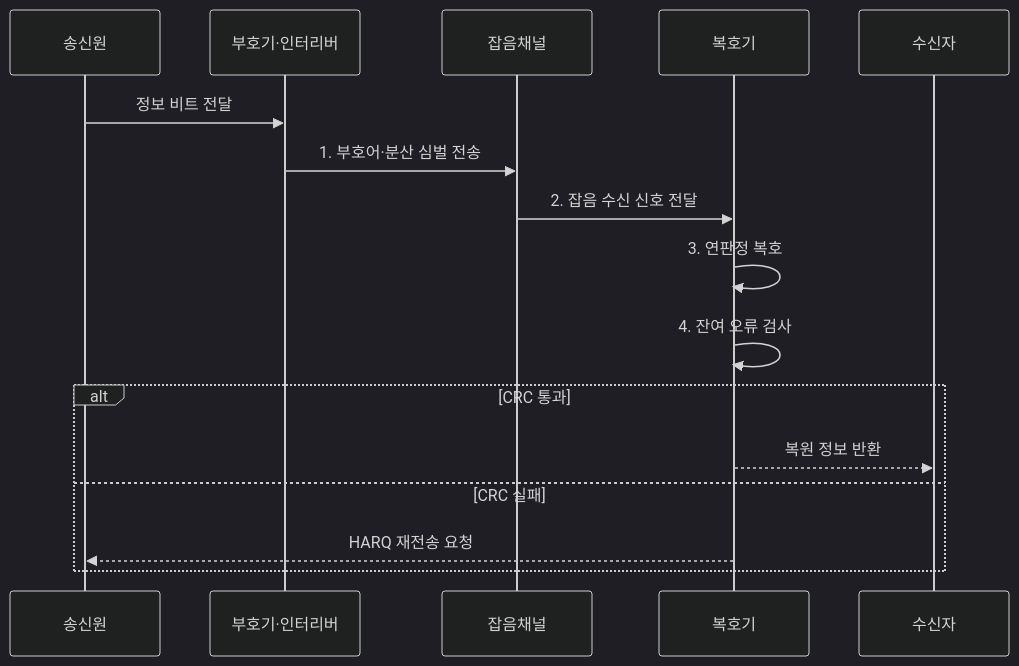
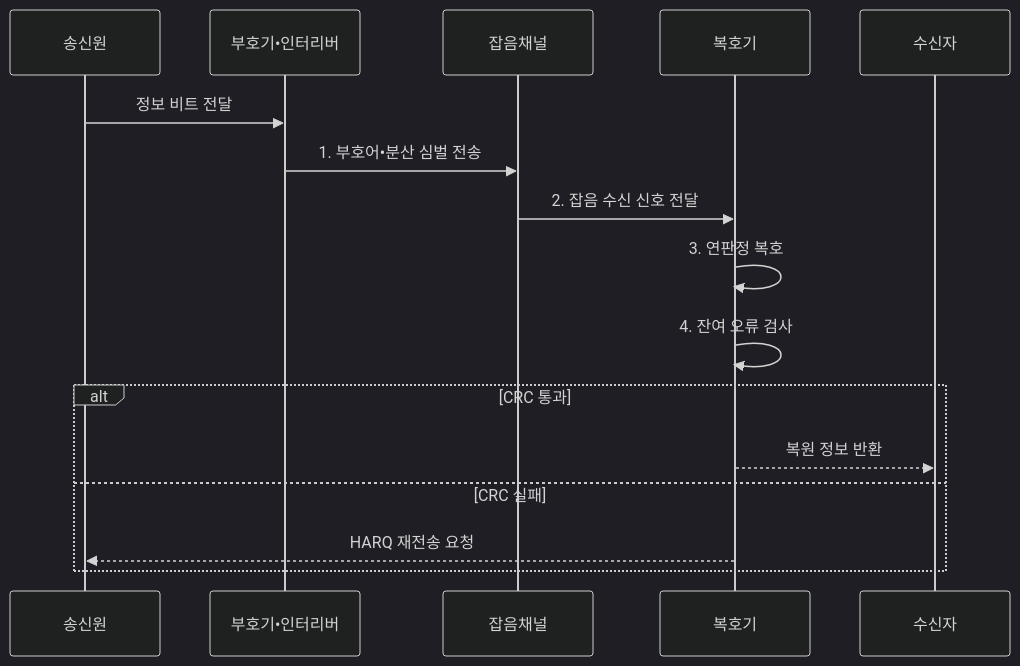
The second of 2 diagrams in src/content/docs/notes/04-network/063_channel_coding.md (agnusdei1207/knowledge-base), drawn with Mermaid (dark theme) before and after one commit. The commit also changed other lines of this file and 953 other files, not shown here.

````diff
--- a/src/content/docs/notes/04-network/063_channel_coding.md
+++ b/src/content/docs/notes/04-network/063_channel_coding.md
@@ -98,18 +98,18 @@
 ```mermaid
 sequenceDiagram
     participant 송신원
-    participant 부호기·인터리버
+    participant 부호기•인터리버
     participant 잡음채널
     participant 복호기
     participant 수신자
-    송신원->>부호기·인터리버: 정보 비트 전달
-    부호기·인터리버->>잡음채널: 1. 부호어·분산 심벌 전송
+    송신원->>부호기•인터리버: 정보 비트 전달
+    부호기•인터리버->>잡음채널: 1. 부호어•분산 심벌 전송
     잡음채널->>복호기: 2. 잡음 수신 신호 전달
     복호기->>복호기: 3. 연판정 복호
     복호기->>복호기: 4. 잔여 오류 검사
     alt CRC 통과
         복호기-->>수신자: 복원 정보 반환
     else CRC 실패
         복호기-->>송신원: HARQ 재전송 요청
     end
 ```
````
